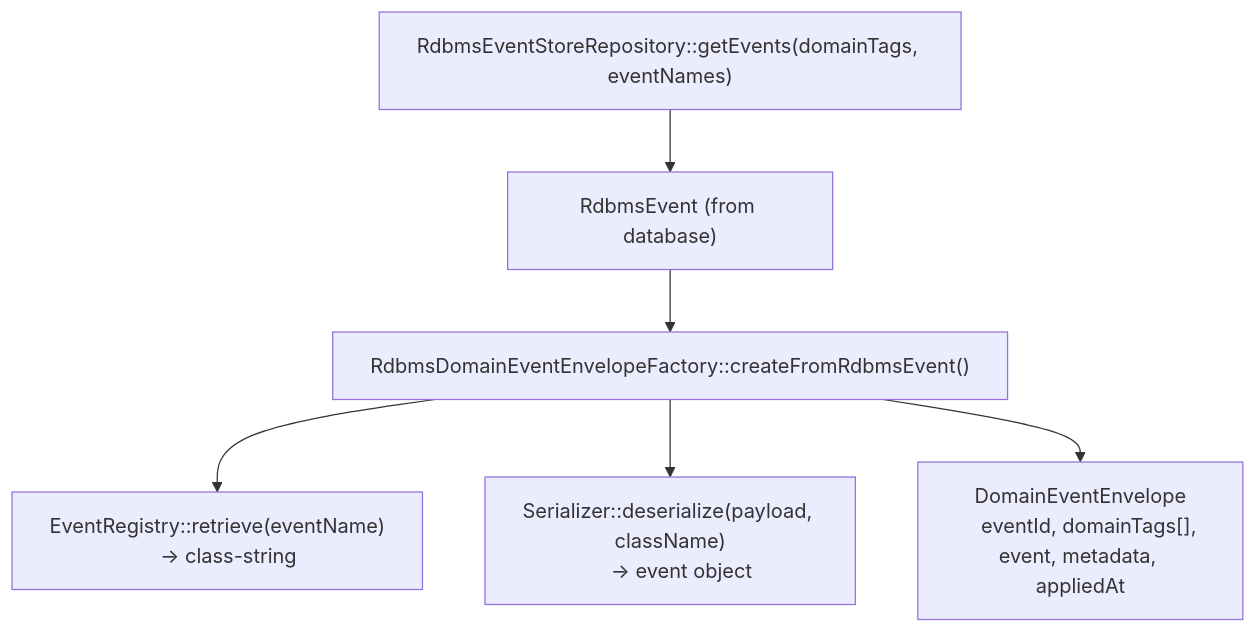
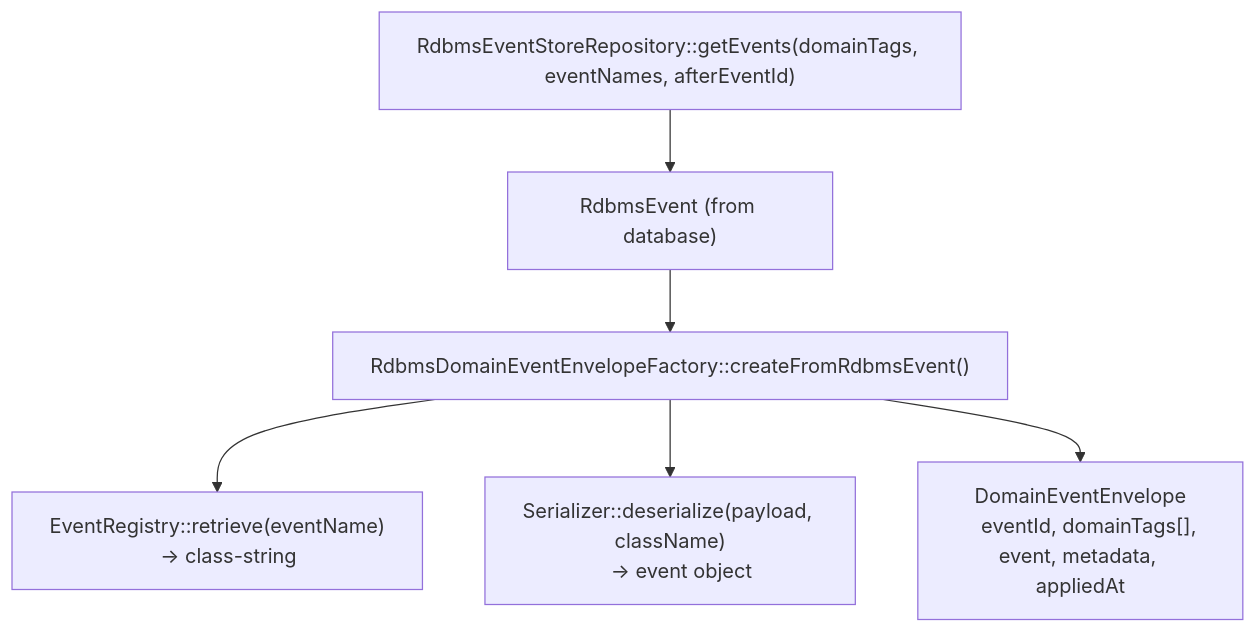
One commit to GemberPHP/event-sourcing changed the fourth of 5 diagrams in docs/library-architecture.md. Above: the diagram before and after it, drawn with Mermaid. The commit also changed other lines of this file and 13 other files, not shown here.

````diff
--- a/docs/library-architecture.md
+++ b/docs/library-architecture.md
@@ -338,18 +346,18 @@
 ```mermaid
 flowchart TD
-    query["RdbmsEventStoreRepository::getEvents(domainTags, eventNames)"]
+    query["RdbmsEventStoreRepository::getEvents(domainTags, eventNames, afterEventId)"]
     rdbms["RdbmsEvent (from database)"]
     query --> rdbms
 
     factory["RdbmsDomainEventEnvelopeFactory::createFromRdbmsEvent()"]
     rdbms --> factory
 
     factory --> registry["EventRegistry::retrieve(eventName)
     → class-string"]
     factory --> deser["Serializer::deserialize(payload, className)
     → event object"]
 
     envelope["DomainEventEnvelope
     eventId, domainTags[], event, metadata, appliedAt"]
     factory --> envelope
 ```
````
